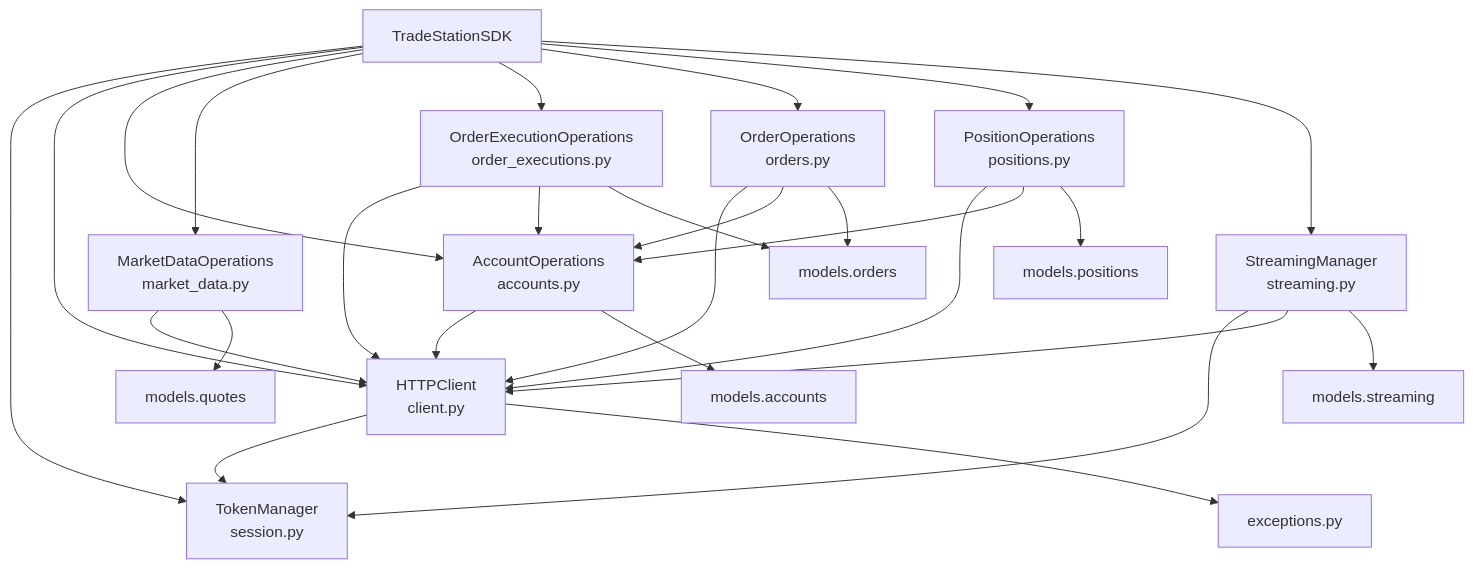
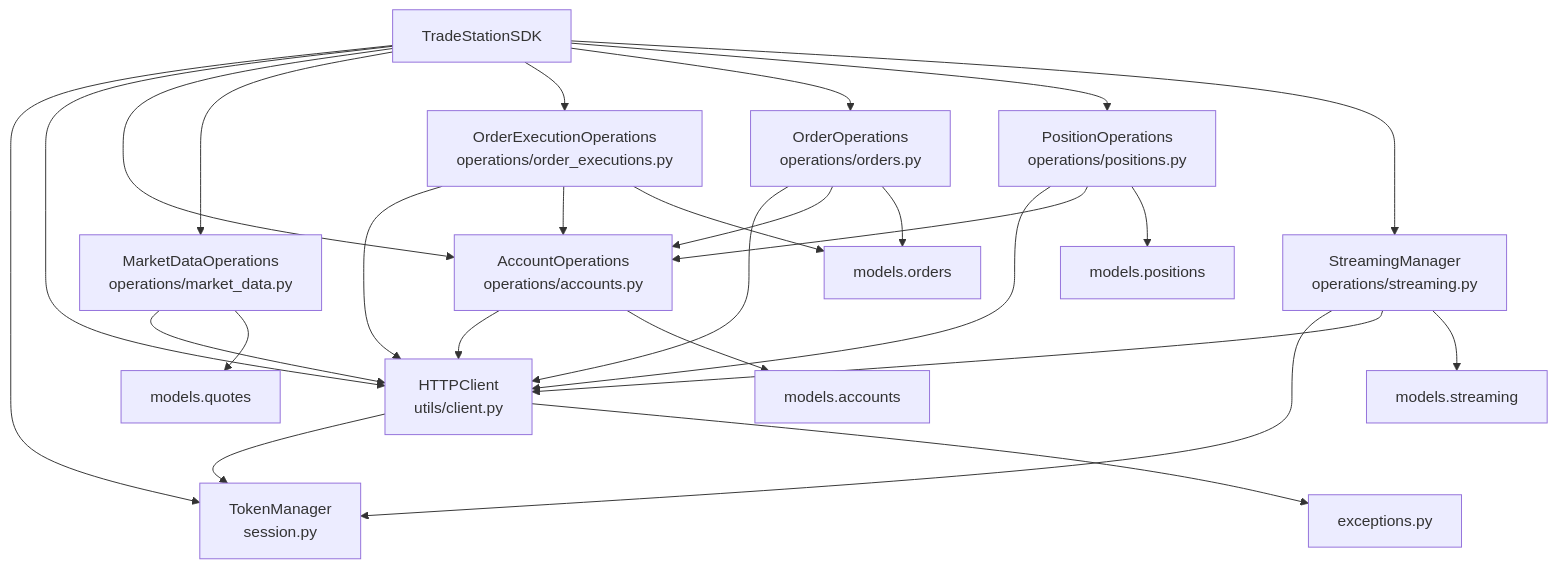
One commit to benlaube/tradestation-sdk-python changed the seventh of 11 diagrams in docs/architecture/overview.md. Above: the diagram before and after it, drawn with Mermaid. The commit also changed other lines of this file and 21 other files, not shown here.

````diff
--- a/docs/architecture/overview.md
+++ b/docs/architecture/overview.md
@@ -416,38 +416,38 @@
 ```mermaid
 graph TD
     SDK[TradeStationSDK]
     
     SDK --> TokenManager[TokenManager<br/>session.py]
-    SDK --> HTTPClient[HTTPClient<br/>client.py]
-    SDK --> Accounts[AccountOperations<br/>accounts.py]
-    SDK --> MarketData[MarketDataOperations<br/>market_data.py]
-    SDK --> OrderExec[OrderExecutionOperations<br/>order_executions.py]
-    SDK --> Orders[OrderOperations<br/>orders.py]
-    SDK --> Positions[PositionOperations<br/>positions.py]
-    SDK --> Streaming[StreamingManager<br/>streaming.py]
+    SDK --> HTTPClient[HTTPClient<br/>utils/client.py]
+    SDK --> Accounts[AccountOperations<br/>operations/accounts.py]
+    SDK --> MarketData[MarketDataOperations<br/>operations/market_data.py]
+    SDK --> OrderExec[OrderExecutionOperations<br/>operations/order_executions.py]
+    SDK --> Orders[OrderOperations<br/>operations/orders.py]
+    SDK --> Positions[PositionOperations<br/>operations/positions.py]
+    SDK --> Streaming[StreamingManager<br/>operations/streaming.py]
     
     HTTPClient --> TokenManager
     HTTPClient --> Exceptions[exceptions.py]
     
     Accounts --> HTTPClient
     Accounts --> ModelsAccounts[models.accounts]
     
     MarketData --> HTTPClient
     MarketData --> ModelsQuotes[models.quotes]
     
     OrderExec --> HTTPClient
     OrderExec --> Accounts
     OrderExec --> ModelsOrders[models.orders]
     
     Orders --> HTTPClient
     Orders --> Accounts
     Orders --> ModelsOrders
     
     Positions --> HTTPClient
     Positions --> Accounts
     Positions --> ModelsPositions[models.positions]
     
     Streaming --> TokenManager
     Streaming --> HTTPClient
     Streaming --> ModelsStreaming[models.streaming]
 ```
````
